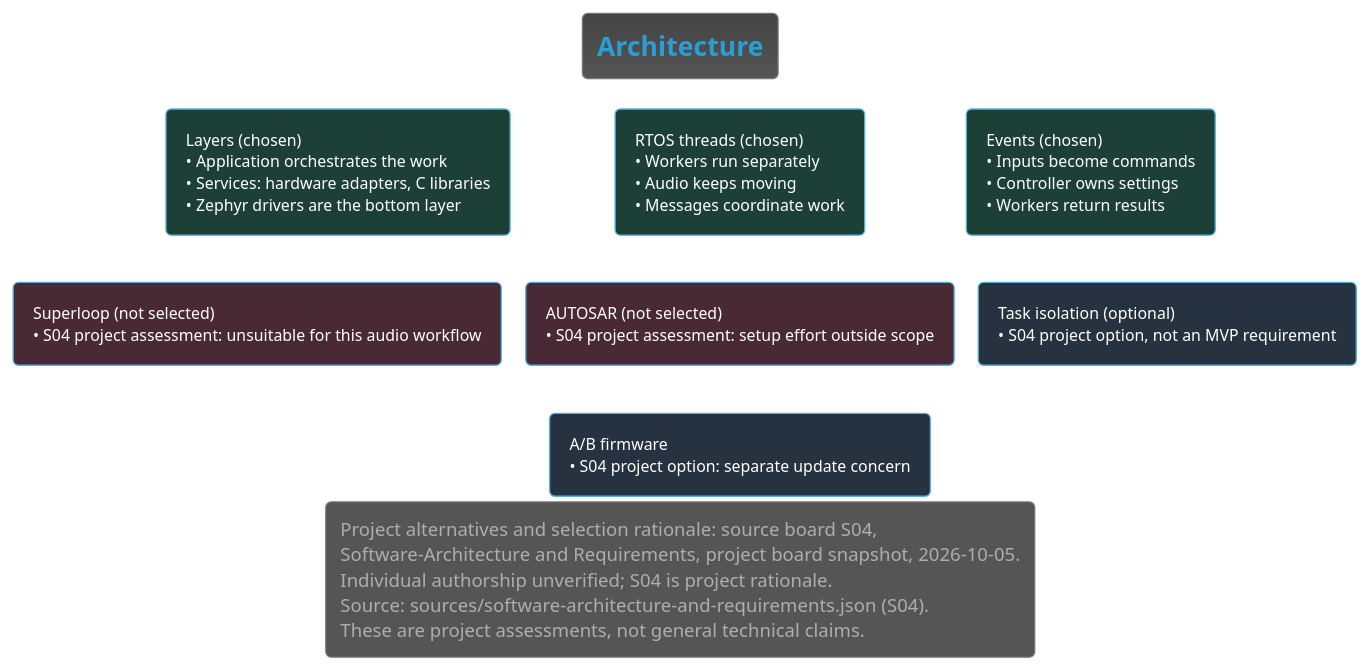
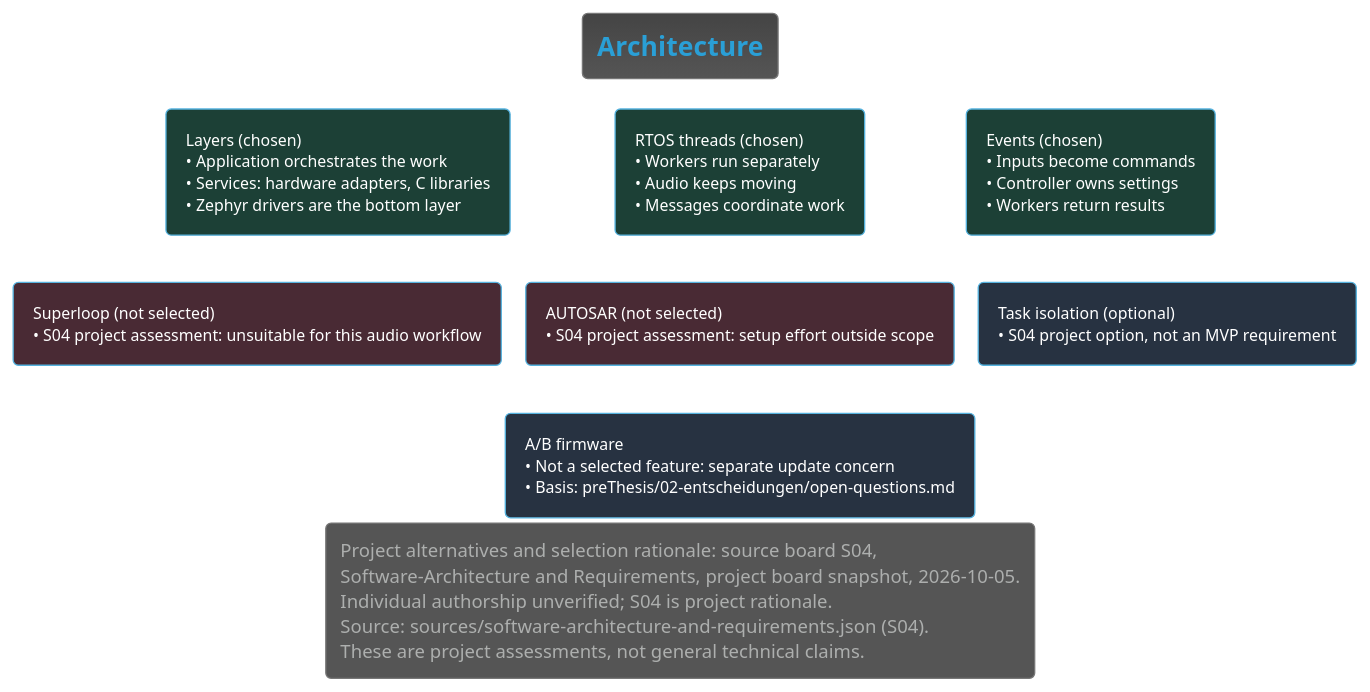
Before and after one commit to DemonicPsychoII/DigitalStethoscope: the diagram in Development/system/architecture/system/architecture-choice.puml, drawn with PlantUML. The commit also changed 7 other files, not shown here.

First line of the commit message:
docs(architecture): mark Lung as optional and fix review findings

```diff
--- a/Development/system/architecture/system/architecture-choice.puml
+++ b/Development/system/architecture/system/architecture-choice.puml
@@ -1,41 +1,41 @@
 @startuml architecture_choice
 !theme cyborg
 !pragma layout smetana
 skinparam shadowing false
 skinparam component {
  BackgroundColor<<optional>> #273241
  BorderColor<<optional>> #61738a
  FontColor<<optional>> #b8c4d4
 }
 skinparam artifact {
  BackgroundColor<<optional>> #273241
  BorderColor<<optional>> #61738a
  FontColor<<optional>> #b8c4d4
 }
 skinparam componentStyle rectangle
 skinparam defaultFontName SansSerif
 title Architecture
 top to bottom direction
 component "Layers (chosen)\n• Application orchestrates the work\n• Services: hardware adapters, C libraries\n• Zephyr drivers are the bottom layer" as layers #1c4036
 component "RTOS threads (chosen)\n• Workers run separately\n• Audio keeps moving\n• Messages coordinate work" as rt #1c4036
 component "Events (chosen)\n• Inputs become commands\n• Controller owns settings\n• Workers return results" as events #1c4036
 component "Superloop (not selected)\n• S04 project assessment: unsuitable for this audio workflow" as loop #492a34
 component "AUTOSAR (not selected)\n• S04 project assessment: setup effort outside scope" as auto #492a34
 component "Task isolation (optional)\n• S04 project option, not an MVP requirement" as mpu #273241
 layers -[hidden]right-> rt
 rt -[hidden]right-> events
 layers -[hidden]down-> loop
 rt -[hidden]down-> auto
 events -[hidden]down-> mpu
 loop -[hidden]right-> auto
 auto -[hidden]right-> mpu
-component "A/B firmware\n• S04 project option: separate update concern" as ab #273241
+component "A/B firmware\n• Not a selected feature: separate update concern\n• Basis: preThesis/02-entscheidungen/open-questions.md" as ab #273241
 auto -[hidden]down-> ab
 legend bottom
 Project alternatives and selection rationale: source board S04,
 Software-Architecture and Requirements, project board snapshot, 2026-10-05.
 Individual authorship unverified; S04 is project rationale.
 Source: sources/software-architecture-and-requirements.json (S04).
 These are project assessments, not general technical claims.
 endlegend
 @enduml
```
